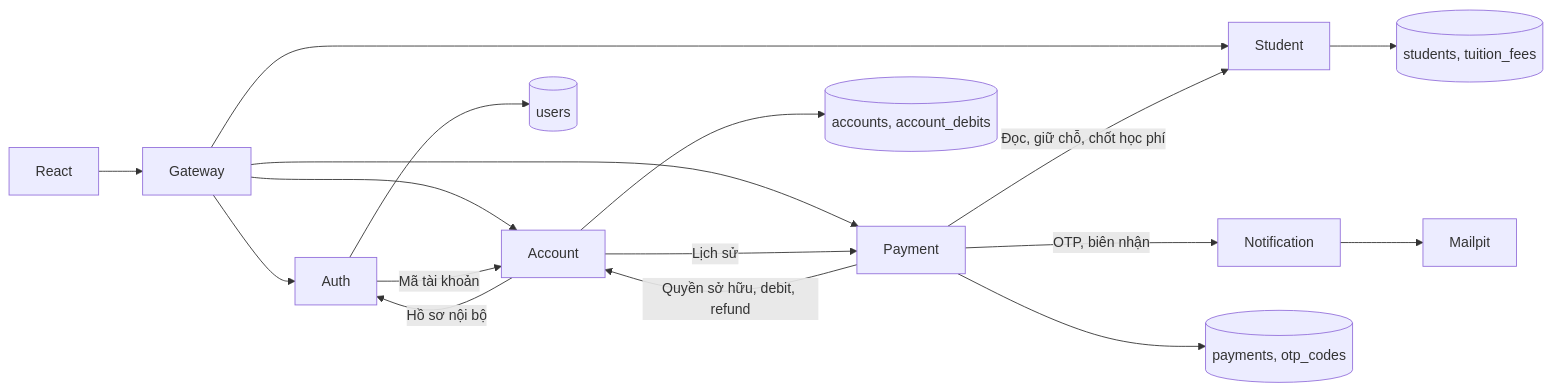
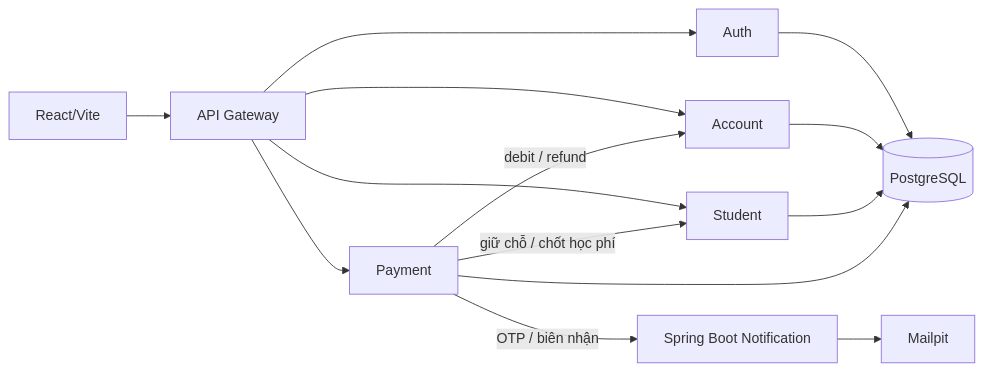
The first of 2 diagrams in README.md (tactra2019-dot/IBanking-Tuition-), drawn with Mermaid before and after one commit. The commit also changed other lines of this file and 3 other files, not shown here.

````diff
--- a/README.md
+++ b/README.md
@@ -5,19 +79,16 @@
 ```mermaid
 flowchart LR
-    Web[React] --> Gateway
-    Gateway --> Auth
-    Gateway --> Account
-    Gateway --> Student
-    Gateway --> Payment
-    Auth -->|Mã tài khoản| Account
-    Account -->|Hồ sơ nội bộ| Auth
-    Account -->|Lịch sử| Payment
-    Payment -->|Quyền sở hữu, debit, refund| Account
-    Payment -->|Đọc, giữ chỗ, chốt học phí| Student
-    Payment -->|OTP, biên nhận| Notification
+    Web[React/Vite] --> Gateway[API Gateway]
+    Gateway --> Auth[Auth]
+    Gateway --> Account[Account]
+    Gateway --> Student[Student]
+    Gateway --> Payment[Payment]
+    Payment -->|debit / refund| Account
+    Payment -->|giữ chỗ / chốt học phí| Student
+    Payment -->|OTP / biên nhận| Notification[Spring Boot Notification]
     Notification --> Mailpit
-    Auth --> Users[(users)]
-    Account --> Ledger[(accounts, account_debits)]
-    Student --> Tuition[(students, tuition_fees)]
-    Payment --> Payments[(payments, otp_codes)]
+    Auth --> DB[(PostgreSQL)]
+    Account --> DB
+    Student --> DB
+    Payment --> DB
 ```
````
